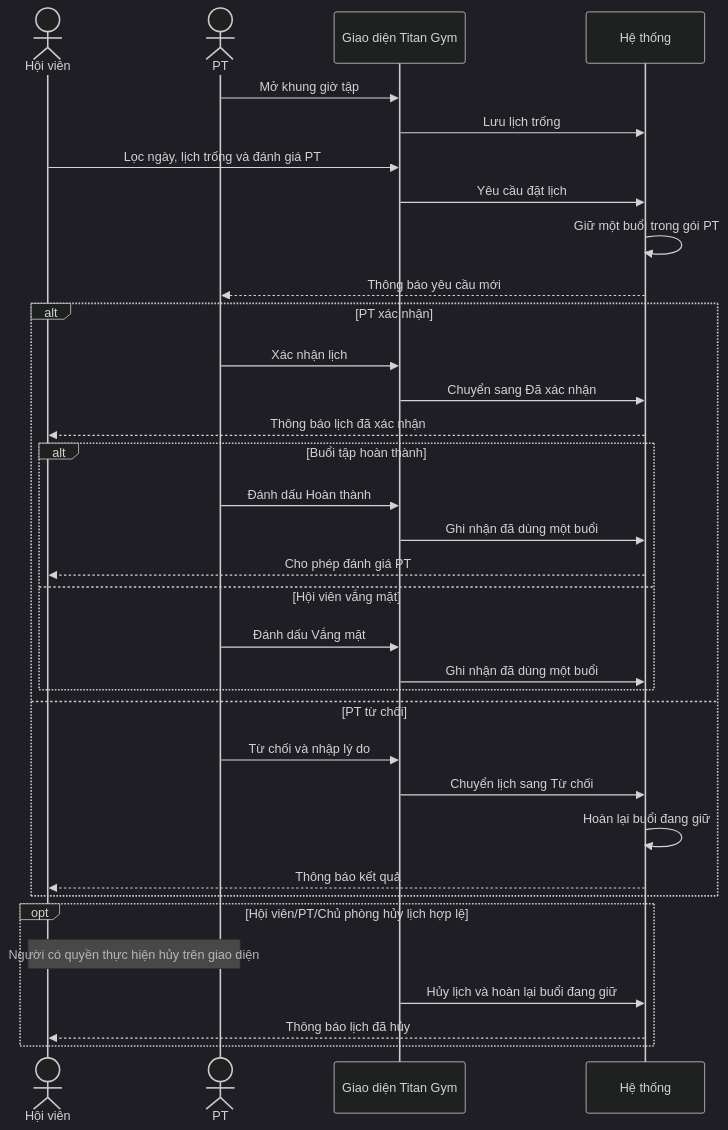
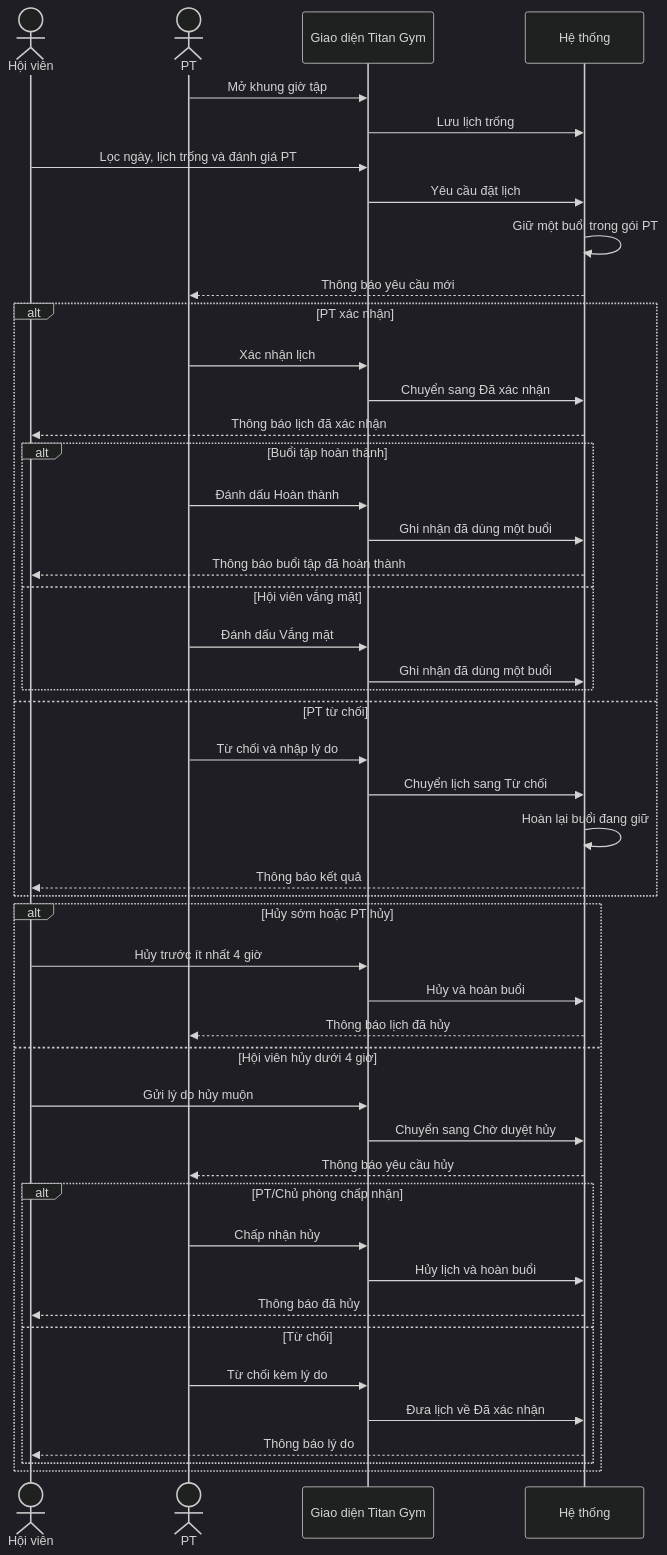
One commit to vhoanglong54/CNPM_GYM changed the third of 5 diagrams in docs/06-UML-Diagrams/Sequences.md. Above: the diagram before and after it, drawn with Mermaid (dark theme). The commit also changed other lines of this file and 11 other files, not shown here.

````diff
--- a/docs/06-UML-Diagrams/Sequences.md
+++ b/docs/06-UML-Diagrams/Sequences.md
@@ -69,39 +69,52 @@
 ```mermaid
 sequenceDiagram
   actor M as Hội viên
   actor T as PT
   participant UI as Giao diện Titan Gym
   participant SYS as Hệ thống
 
   T->>UI: Mở khung giờ tập
   UI->>SYS: Lưu lịch trống
   M->>UI: Lọc ngày, lịch trống và đánh giá PT
   UI->>SYS: Yêu cầu đặt lịch
   SYS->>SYS: Giữ một buổi trong gói PT
   SYS-->>T: Thông báo yêu cầu mới
 
   alt PT xác nhận
     T->>UI: Xác nhận lịch
     UI->>SYS: Chuyển sang Đã xác nhận
     SYS-->>M: Thông báo lịch đã xác nhận
     alt Buổi tập hoàn thành
       T->>UI: Đánh dấu Hoàn thành
       UI->>SYS: Ghi nhận đã dùng một buổi
-      SYS-->>M: Cho phép đánh giá PT
+      SYS-->>M: Thông báo buổi tập đã hoàn thành
     else Hội viên vắng mặt
       T->>UI: Đánh dấu Vắng mặt
       UI->>SYS: Ghi nhận đã dùng một buổi
     end
   else PT từ chối
     T->>UI: Từ chối và nhập lý do
     UI->>SYS: Chuyển lịch sang Từ chối
     SYS->>SYS: Hoàn lại buổi đang giữ
     SYS-->>M: Thông báo kết quả
   end
 
-  opt Hội viên/PT/Chủ phòng hủy lịch hợp lệ
-    Note over M,T: Người có quyền thực hiện hủy trên giao diện
-    UI->>SYS: Hủy lịch và hoàn lại buổi đang giữ
-    SYS-->>M: Thông báo lịch đã hủy
+  alt Hủy sớm hoặc PT hủy
+    M->>UI: Hủy trước ít nhất 4 giờ
+    UI->>SYS: Hủy và hoàn buổi
+    SYS-->>T: Thông báo lịch đã hủy
+  else Hội viên hủy dưới 4 giờ
+    M->>UI: Gửi lý do hủy muộn
+    UI->>SYS: Chuyển sang Chờ duyệt hủy
+    SYS-->>T: Thông báo yêu cầu hủy
+    alt PT/Chủ phòng chấp nhận
+      T->>UI: Chấp nhận hủy
+      UI->>SYS: Hủy lịch và hoàn buổi
+      SYS-->>M: Thông báo đã hủy
+    else Từ chối
+      T->>UI: Từ chối kèm lý do
+      UI->>SYS: Đưa lịch về Đã xác nhận
+      SYS-->>M: Thông báo lý do
+    end
   end
 ```
````
